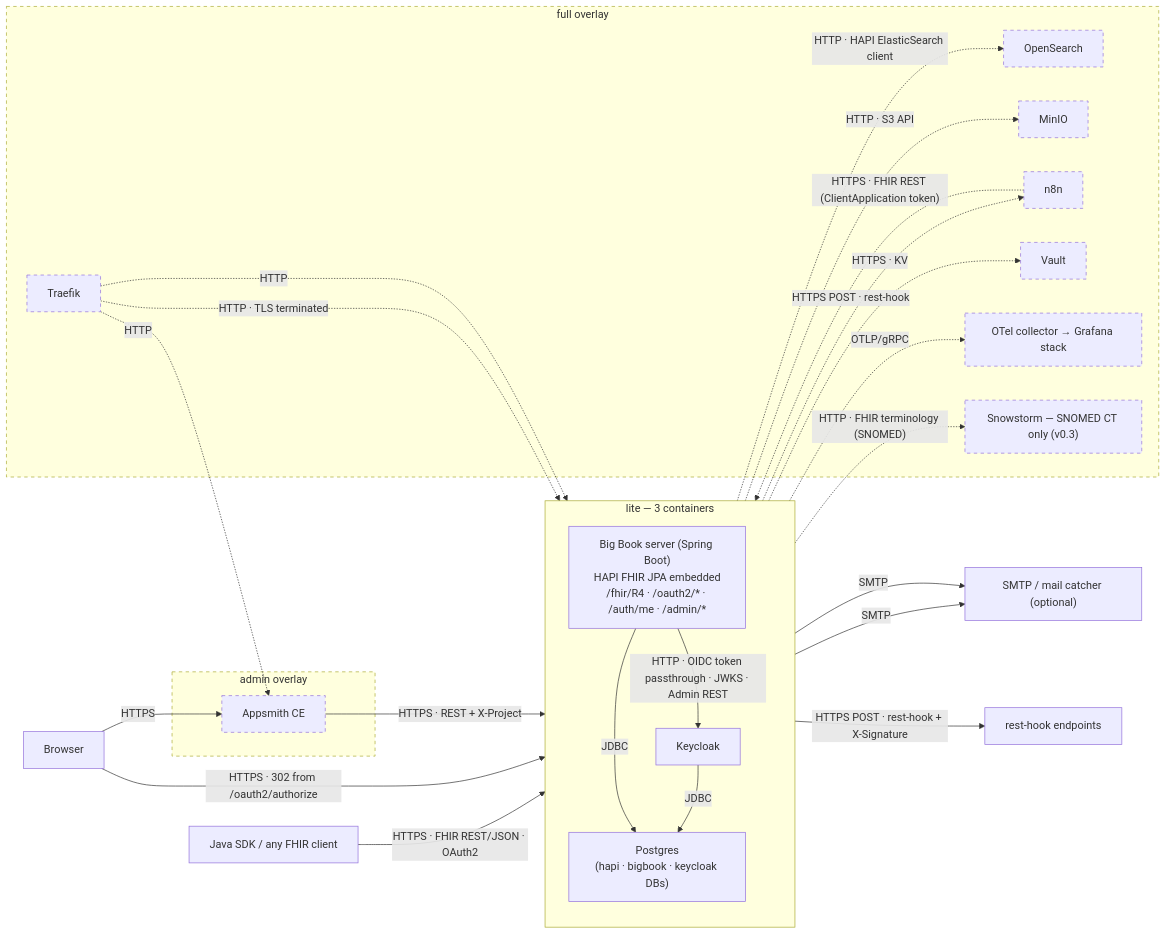
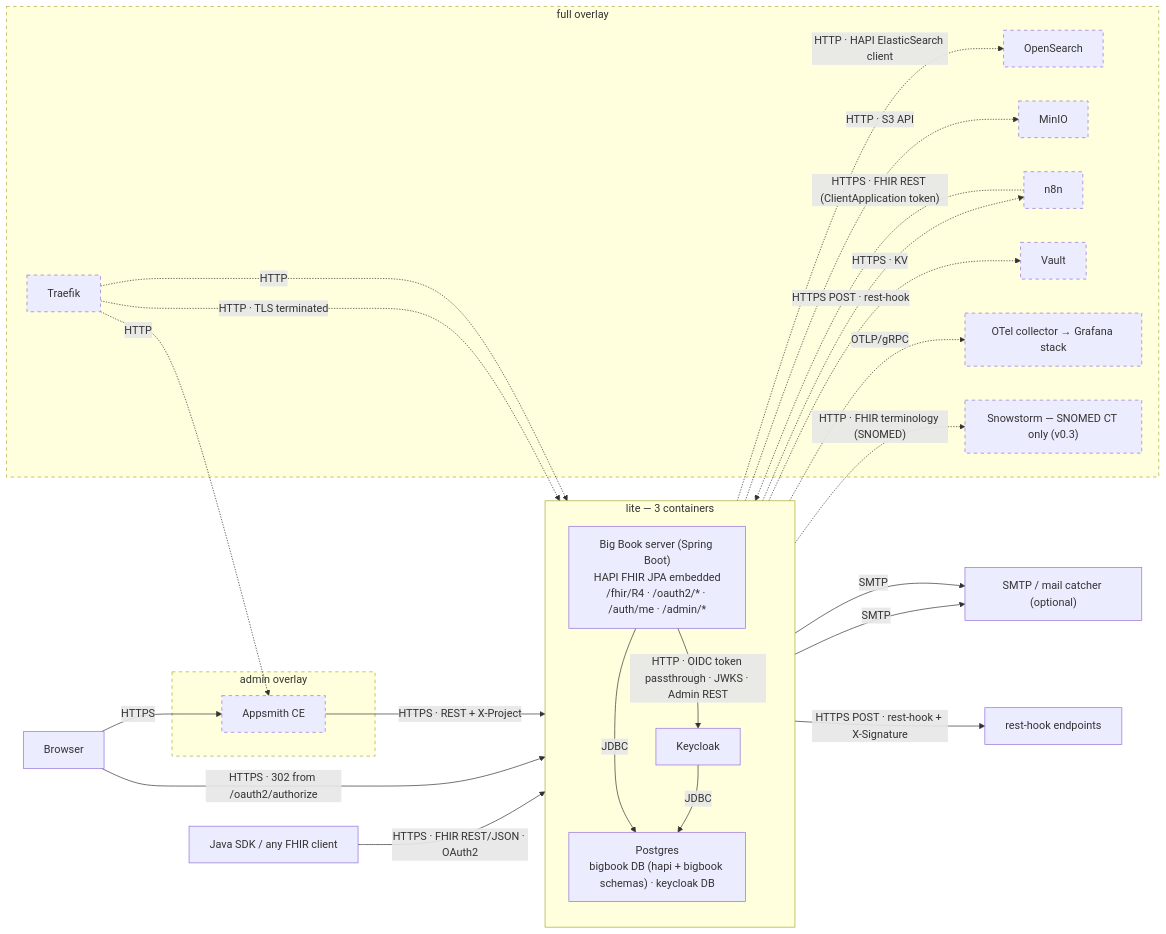
One commit to KhondokerTanvirHossain/big-book-of-boo-boos changed the first of 8 diagrams in docs/ARCHITECTURE.md. Above: the diagram before and after it, drawn with Mermaid. The commit also changed 5 other files, not shown here.

First line of the commit message:
Docs: one bigbook database, ADR-006 consequences, status line, prerequisites

````diff
--- a/docs/ARCHITECTURE.md
+++ b/docs/ARCHITECTURE.md
@@ -7,55 +7,55 @@
 ```mermaid
 flowchart LR
   classDef overlay stroke-dasharray: 5 5
 
   SDK["Java SDK / any FHIR client"]
   BROWSER["Browser"]
 
   subgraph LITE["lite — 3 containers"]
     direction TB
     BB["Big Book server (Spring Boot)<br/>HAPI FHIR JPA embedded<br/>/fhir/R4 · /oauth2/* · /auth/me · /admin/*"]
     KC["Keycloak"]
-    PG["Postgres<br/>(hapi · bigbook · keycloak DBs)"]
+    PG["Postgres<br/>bigbook DB (hapi + bigbook schemas) · keycloak DB"]
   end
 
   subgraph ADMIN["admin overlay"]
     AS["Appsmith CE"]
   end
 
   subgraph FULL["full overlay"]
     TR["Traefik"]
     OS["OpenSearch"]
     MI["MinIO"]
     N8["n8n"]
     VA["Vault"]
     OT["OTel collector → Grafana stack"]
     SN["Snowstorm — SNOMED CT only (v0.3)"]
   end
 
   MAIL["SMTP / mail catcher (optional)"]
   HOOK["rest-hook endpoints"]
 
   SDK -->|"HTTPS · FHIR REST/JSON · OAuth2"| BB
   BROWSER -->|"HTTPS · 302 from /oauth2/authorize"| KC
   BROWSER -->|"HTTPS"| AS
   BB -->|"HTTP · OIDC token passthrough · JWKS · Admin REST"| KC
   BB -->|"JDBC"| PG
   KC -->|"JDBC"| PG
   BB -->|"HTTPS POST · rest-hook + X-Signature"| HOOK
   BB -->|"SMTP"| MAIL
   KC -->|"SMTP"| MAIL
   AS -->|"HTTPS · REST + X-Project"| BB
 
   TR -.->|"HTTP · TLS terminated"| BB
   TR -.->|"HTTP"| KC
   TR -.->|"HTTP"| AS
   BB -.->|"HTTP · HAPI ElasticSearch client"| OS
   BB -.->|"HTTP · S3 API"| MI
   BB -.->|"HTTPS POST · rest-hook"| N8
   N8 -.->|"HTTPS · FHIR REST (ClientApplication token)"| BB
   BB -.->|"HTTPS · KV"| VA
   BB -.->|"OTLP/gRPC"| OT
   BB -.->|"HTTP · FHIR terminology (SNOMED)"| SN
 
   class AS,TR,OS,MI,N8,VA,OT,SN,ADMIN,FULL overlay
 ```
````
